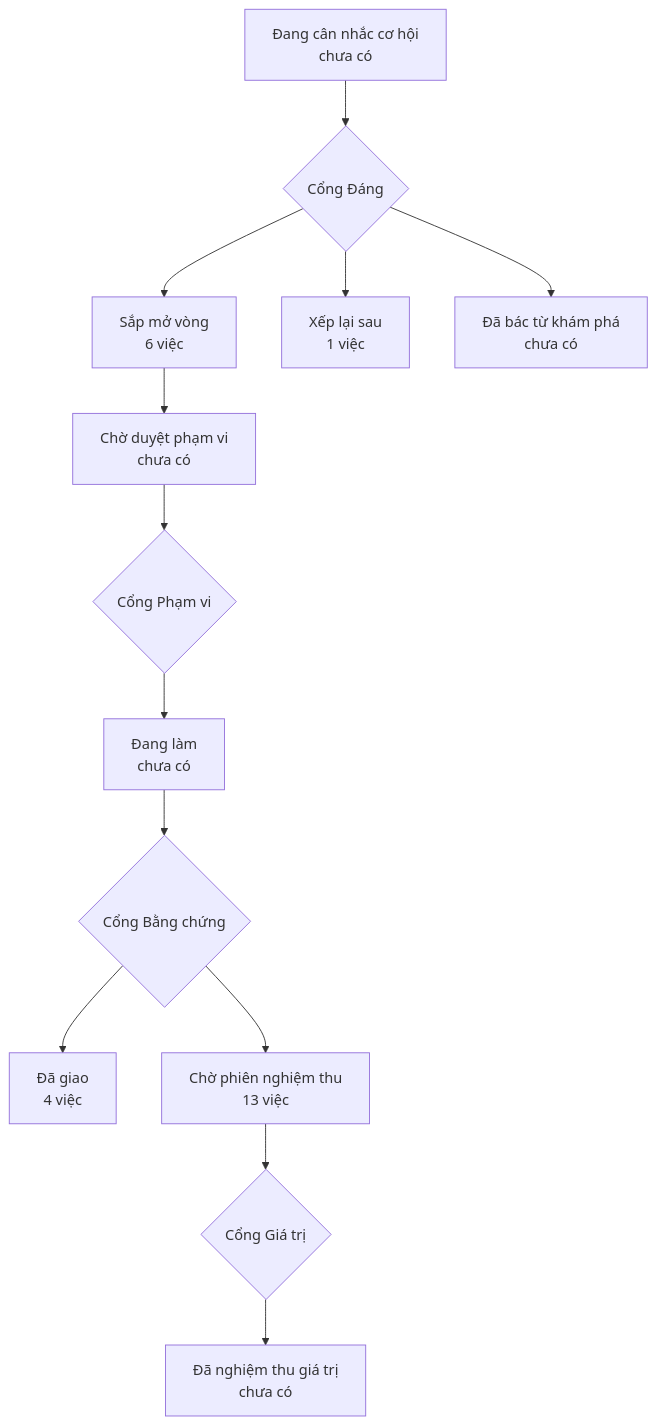
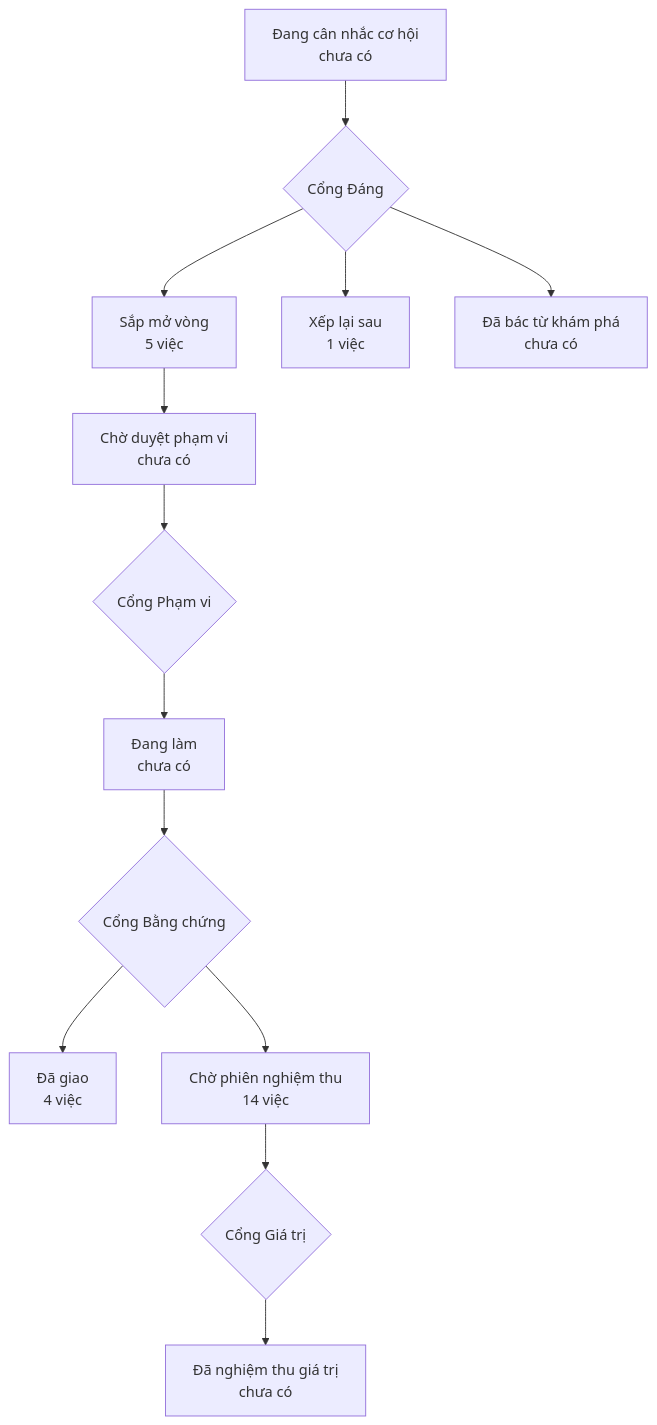
One commit to phanlemanh/onehub-quy-hang changed the diagram in PRODUCT-MAP.md. Above: the diagram before and after it, drawn with Mermaid. The commit also changed 1 other file, not shown here.

Commit message:
chore(product-map): vẽ lại sau khi gộp main

````diff
--- a/PRODUCT-MAP.md
+++ b/PRODUCT-MAP.md
@@ -7,12 +7,12 @@
 ```mermaid
 flowchart TD
   A["Đang cân nhắc cơ hội<br/>chưa có"] --> GD{"Cổng Đáng"}
-  GD --> B["Sắp mở vòng<br/>6 việc"]
+  GD --> B["Sắp mở vòng<br/>5 việc"]
   GD --> XL["Xếp lại sau<br/>1 việc"]
   GD --> DB["Đã bác từ khám phá<br/>chưa có"]
   B --> CD["Chờ duyệt phạm vi<br/>chưa có"] --> GP{"Cổng Phạm vi"}
   GP --> DL["Đang làm<br/>chưa có"] --> GB{"Cổng Bằng chứng"}
   GB --> DG["Đã giao<br/>4 việc"]
-  GB --> CN["Chờ phiên nghiệm thu<br/>13 việc"] --> GG{"Cổng Giá trị"}
+  GB --> CN["Chờ phiên nghiệm thu<br/>14 việc"] --> GG{"Cổng Giá trị"}
   GG --> NT["Đã nghiệm thu giá trị<br/>chưa có"]
 ```
````
